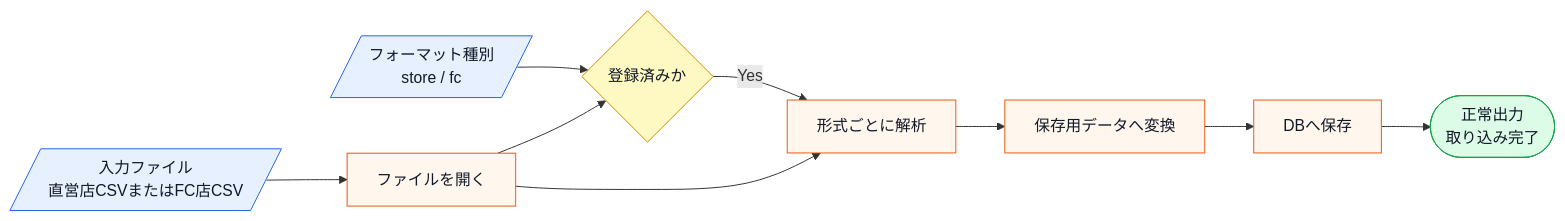
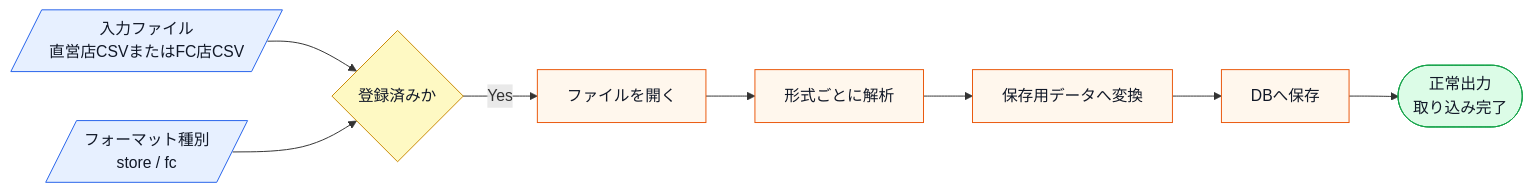
One commit to kumachan1101-pixel/DesignPattern changed the first of 11 diagrams in kindle/design-patterns/output/chapter04.md. Above: the diagram before and after it, drawn with Mermaid. The commit also changed other lines of this file and 1 other file, not shown here.

````diff
--- a/kindle/design-patterns/output/chapter04.md
+++ b/kindle/design-patterns/output/chapter04.md
@@ -57,16 +57,15 @@
 ```mermaid
 flowchart LR
-    A[/入力ファイル<br>直営店CSVまたはFC店CSV/]:::input --> E[ファイルを開く]:::process
+    A[/入力ファイル<br>直営店CSVまたはFC店CSV/]:::input --> D{登録済みか}:::decision
     C[/フォーマット種別<br>store / fc/]:::input --> D{登録済みか}:::decision
-    E --> D
-    D -->|Yes| F[形式ごとに解析]:::process
-    E --> F
+    D -->|Yes| E[ファイルを開く]:::process
+    E --> F[形式ごとに解析]:::process
     F --> G[保存用データへ変換]:::process
     G --> S[DBへ保存]:::process
     S --> H([正常出力<br>取り込み完了]):::normal
 
     classDef input fill:#e7f0ff,stroke:#2563eb,color:#111827;
     classDef process fill:#fff7ed,stroke:#ea580c,color:#111827;
     classDef decision fill:#fef9c3,stroke:#ca8a04,color:#111827;
     classDef normal fill:#dcfce7,stroke:#16a34a,color:#111827;
 ```
````
